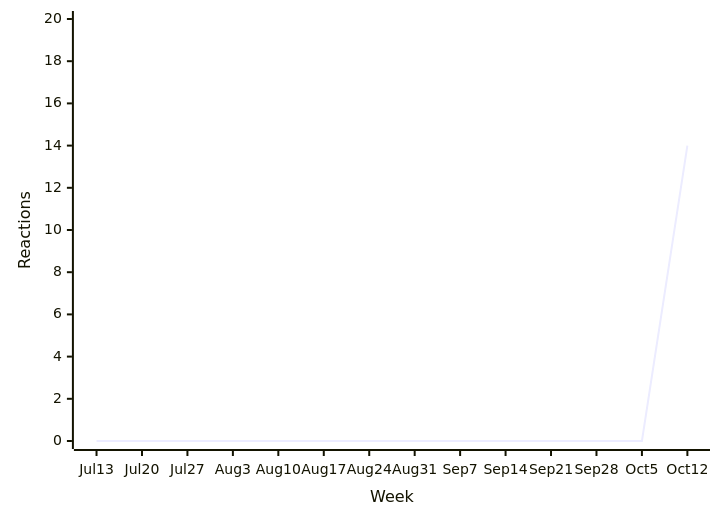
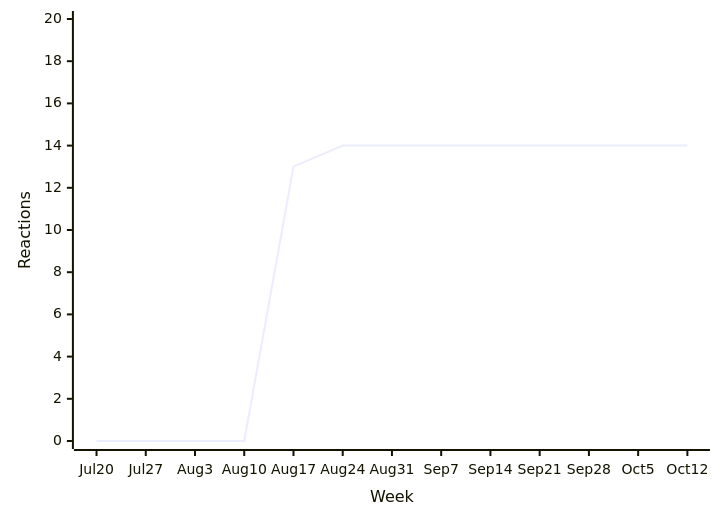
Diagram 11 of 38 in README.md (loic-sharma/github-insights), drawn with Mermaid before and after one commit. The commit also changed other lines of this file and 3 other files, not shown here.

````diff
--- a/README.md
+++ b/README.md
@@ -494,6 +494,6 @@
   ```mermaid
   xychart-beta
-    x-axis "Week" [Jul 13, Jul 20, Jul 27, Aug 3, Aug 10, Aug 17, Aug 24, Aug 31, Sep 7, Sep 14, Sep 21, Sep 28, Oct 5, Oct 12]
+    x-axis "Week" [Jul 20, Jul 27, Aug 3, Aug 10, Aug 17, Aug 24, Aug 31, Sep 7, Sep 14, Sep 21, Sep 28, Oct 5, Oct 12]
     y-axis "Reactions" 0 --> 20
-    line [0, 0, 0, 0, 0, 0, 0, 0, 0, 0, 0, 0, 0, 14]
+    line [0, 0, 0, 0, 13, 14, 14, 14, 14, 14, 14, 14, 14]
   ```
````
